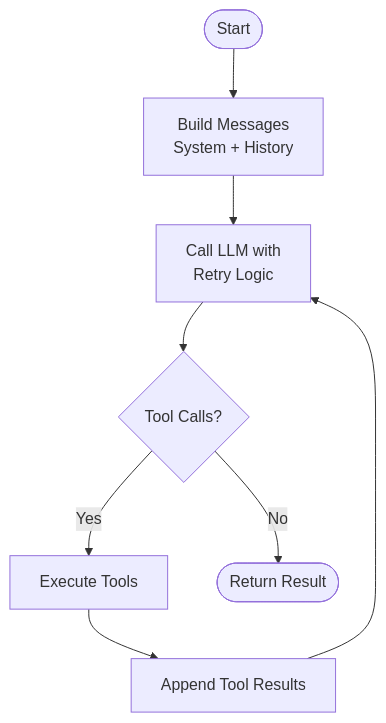
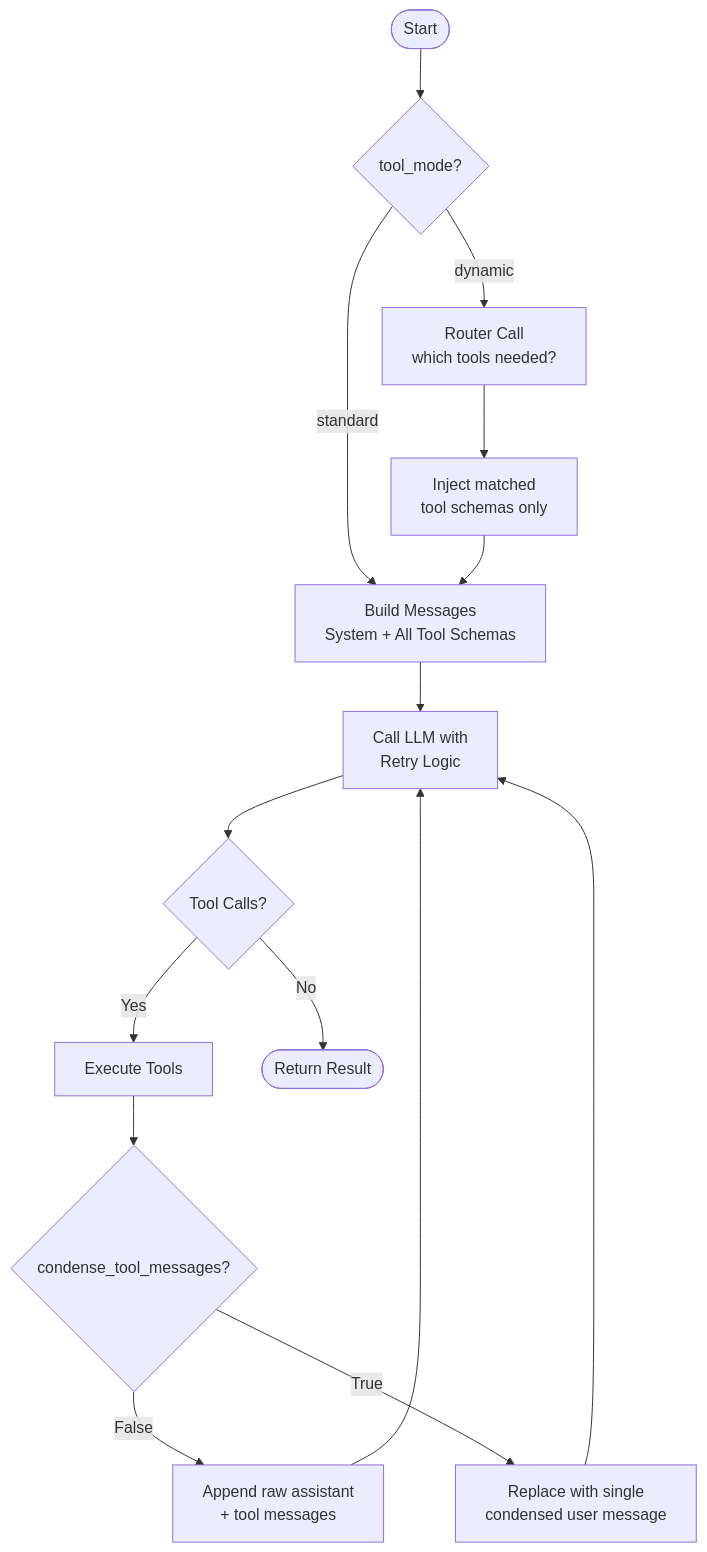
The third of 12 diagrams in docs/ARCHITECTURE.md (Bioto/glue-llm), drawn with Mermaid before and after one commit. The commit also changed other lines of this file and 2 other files, not shown here.

Commit message:
Enhance GlueLLM with context condensing and dynamic tool routing features
- Added context condensing to summarize tool call results into a single user message, reducing context growth in multi-step tasks.
- Introduced dynamic tool routing to optimize token usage by only injecting necessary tool schemas based on LLM needs.
- Updated documentation to include detailed usage instructions for both features, emphasizing their opt-in nature.
- Enhanced architecture diagrams to reflect new parameters and flow for context optimization.
- Created a new `CONTEXT_OPTIMIZATION.md` document for in-depth guidance on using these features effectively.

````diff
--- a/docs/ARCHITECTURE.md
+++ b/docs/ARCHITECTURE.md
@@ -98,10 +102,17 @@
 ```mermaid
 flowchart TD
-    Start([Start]) --> BuildMessages[Build Messages<br/>System + History]
+    Start([Start]) --> ToolMode{tool_mode?}
+    ToolMode -->|standard| BuildMessages[Build Messages<br/>System + All Tool Schemas]
+    ToolMode -->|dynamic| RouterCall[Router Call<br/>which tools needed?]
+    RouterCall --> MatchedSchemas[Inject matched<br/>tool schemas only]
+    MatchedSchemas --> BuildMessages
     BuildMessages --> CallLLM[Call LLM with<br/>Retry Logic]
     CallLLM --> ToolCalls{Tool Calls?}
     ToolCalls -->|Yes| ExecuteTools[Execute Tools]
     ToolCalls -->|No| Return([Return Result])
-    ExecuteTools --> AppendResults[Append Tool Results]
-    AppendResults --> CallLLM
+    ExecuteTools --> Condense{condense_tool_messages?}
+    Condense -->|False| AppendRaw[Append raw assistant<br/>+ tool messages]
+    Condense -->|True| AppendCondensed[Replace with single<br/>condensed user message]
+    AppendRaw --> CallLLM
+    AppendCondensed --> CallLLM
 ```
````
